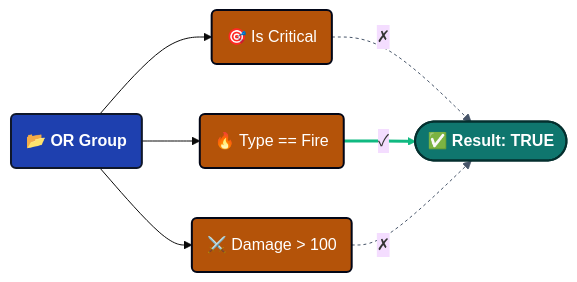
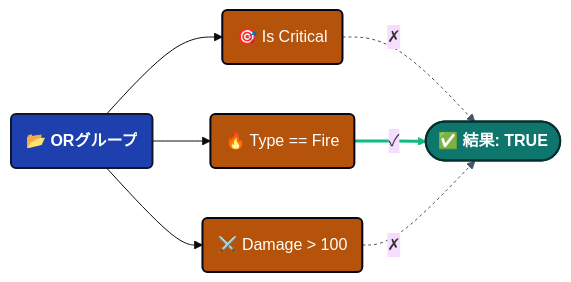
The second of 5 diagrams in i18n/ja/docusaurus-plugin-content-docs/current/game-event-system/visual-workflow/visual-condition-tree.md (tinygiants-tech/TinyGiants), drawn with Mermaid (base theme) before and after one commit. The commit also changed other lines of this file and 81 other files, not shown here.

````diff
--- a/i18n/ja/docusaurus-plugin-content-docs/current/game-event-system/visual-workflow/visual-condition-tree.md
+++ b/i18n/ja/docusaurus-plugin-content-docs/current/game-event-system/visual-workflow/visual-condition-tree.md
@@ -140,20 +136,20 @@
 ```mermaid
 graph LR
 
     classDef group fill:#1e40af,stroke:#0f172a,stroke-width:2px,color:#ffffff,font-weight:bold
     classDef cond fill:#b45309,stroke:#020617,stroke-width:2px,color:#ffffff
     classDef success fill:#0f766e,stroke:#042f2e,stroke-width:2px,color:#ffffff,font-weight:bold
 
-    A(📂 OR Group):::group
+    A(📂 ORグループ):::group
     
     A --> C1(🎯 Is Critical):::cond
     A --> C2(🔥 Type == Fire):::cond
     A --> C3(⚔️ Damage > 100):::cond
 
-    C1 -- "✗" --> R([✅ Result: TRUE]):::success
+    C1 -- "✗" --> R([✅ 結果: TRUE]):::success
     C2 -- "✓" --> R
     C3 -- "✗" --> R
 
     linkStyle 3,5 stroke:#475569,stroke-width:1px,stroke-dasharray: 3 3
     linkStyle 4 stroke:#10b981,stroke-width:3px
 ```
````
